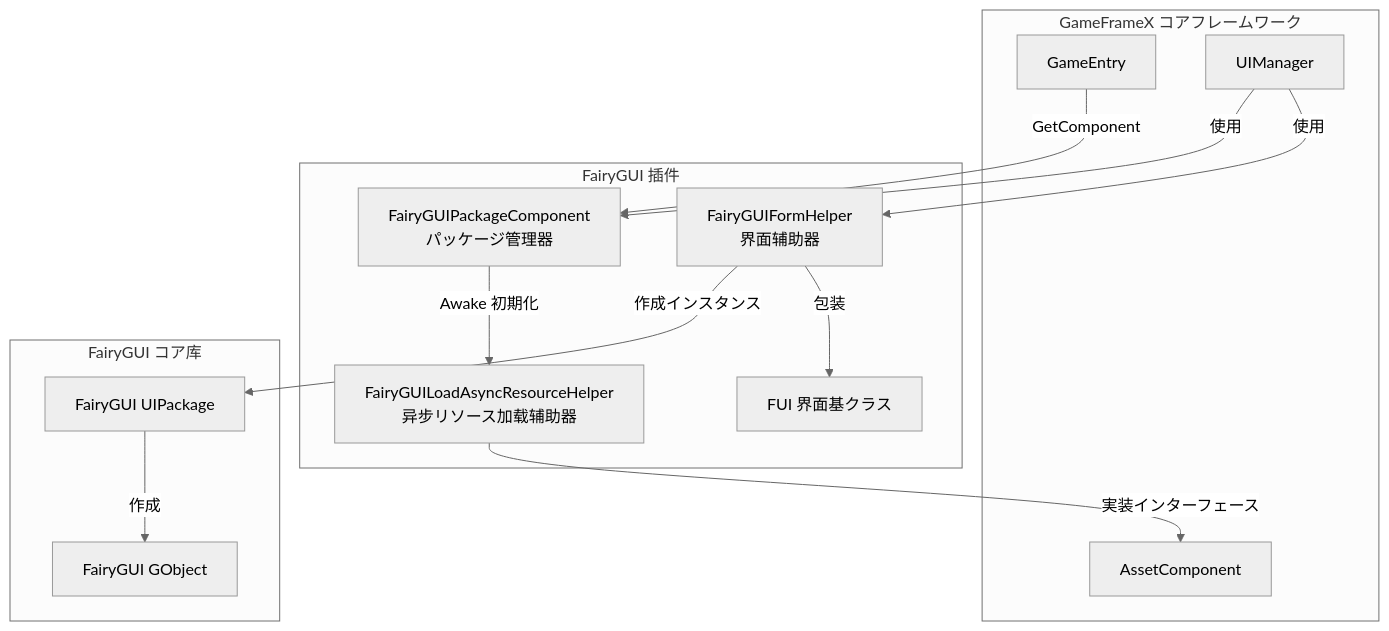
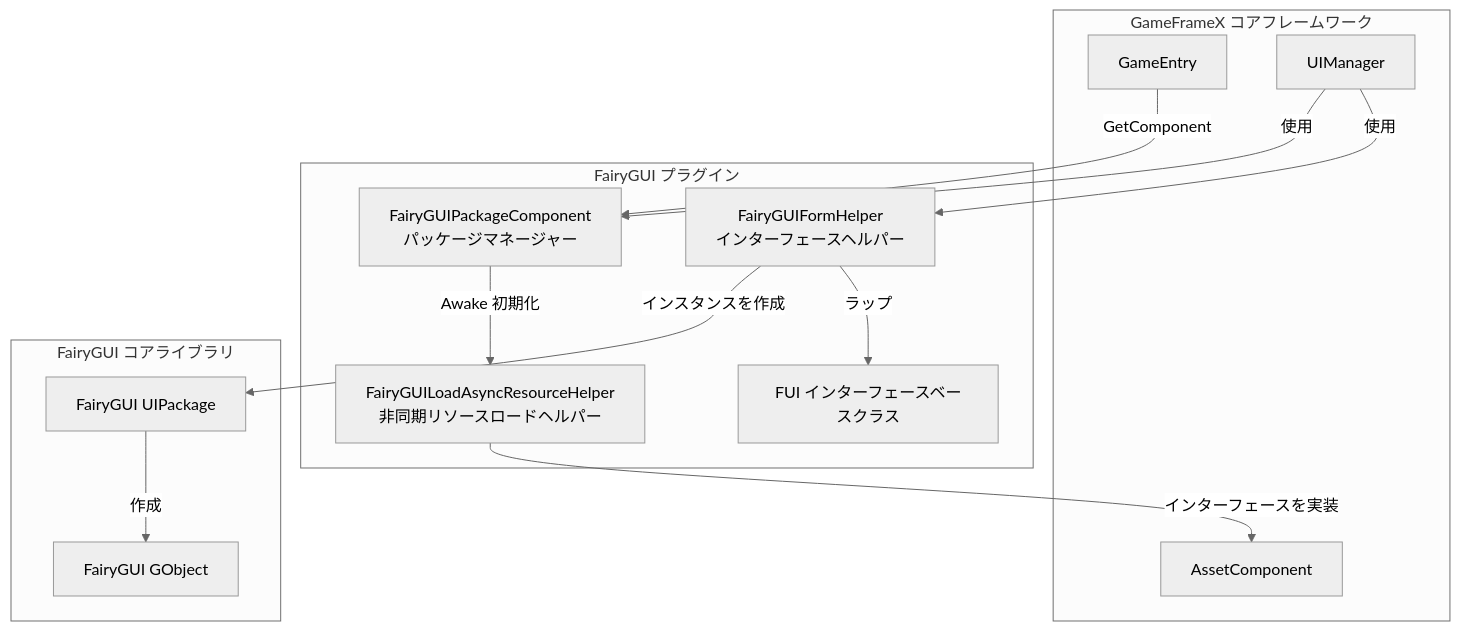
One commit to AlianBlank/GameFrameX.Docs changed the first of 2 diagrams in docs/ja/client/unity/component/ui-fairygui/09.package-manager.md. Above: the diagram before and after it, drawn with Mermaid (neutral theme). The commit also changed other lines of this file and 320 other files, not shown here.

````diff
--- a/docs/ja/client/unity/component/ui-fairygui/09.package-manager.md
+++ b/docs/ja/client/unity/component/ui-fairygui/09.package-manager.md
@@ -27,29 +27,29 @@
 ```mermaid
 flowchart TD
     subgraph GameFrameX["GameFrameX コアフレームワーク"]
         GC[GameEntry]
         AC[AssetComponent]
         UIM[UIManager]
     end
 
-    subgraph FairyGUI插件["FairyGUI 插件"]
-        PC[FairyGUIPackageComponent<br/>パッケージ管理器]
-        RH[FairyGUILoadAsyncResourceHelper<br/>异步リソース加载辅助器]
-        FH[FairyGUIFormHelper<br/>界面辅助器]
-        FUI[FUI 界面基クラス]
+    subgraph FairyGUI插件["FairyGUI プラグイン"]
+        PC[FairyGUIPackageComponent<br/>パッケージマネージャー]
+        RH[FairyGUILoadAsyncResourceHelper<br/>非同期リソースロードヘルパー]
+        FH[FairyGUIFormHelper<br/>インターフェースヘルパー]
+        FUI[FUI インターフェースベースクラス]
     end
 
-    subgraph FairyGUI["FairyGUI コア库"]
+    subgraph FairyGUI["FairyGUI コアライブラリ"]
         FGP[FairyGUI UIPackage]
         FGO[FairyGUI GObject]
     end
 
     GC -->|GetComponent| PC
     PC -->|Awake 初期化| RH
-    RH -->|実装インターフェース| AC
+    RH -->|インターフェースを実装| AC
     UIM -->|使用| PC
     UIM -->|使用| FH
-    FH -->|作成インスタンス| FGP
+    FH -->|インスタンスを作成| FGP
     FGP -->|作成| FGO
-    FH -->|包装| FUI
+    FH -->|ラップ| FUI
 ```
````
